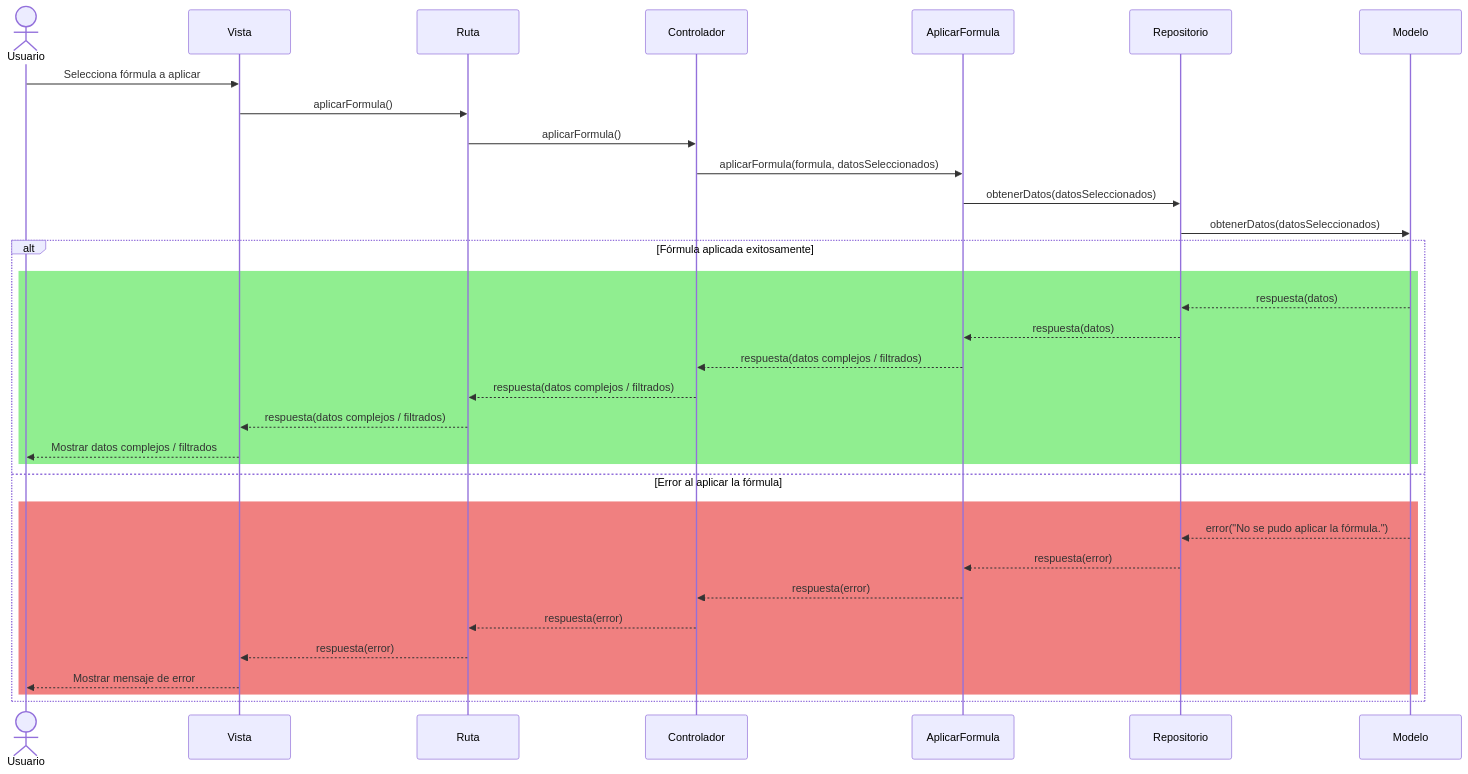
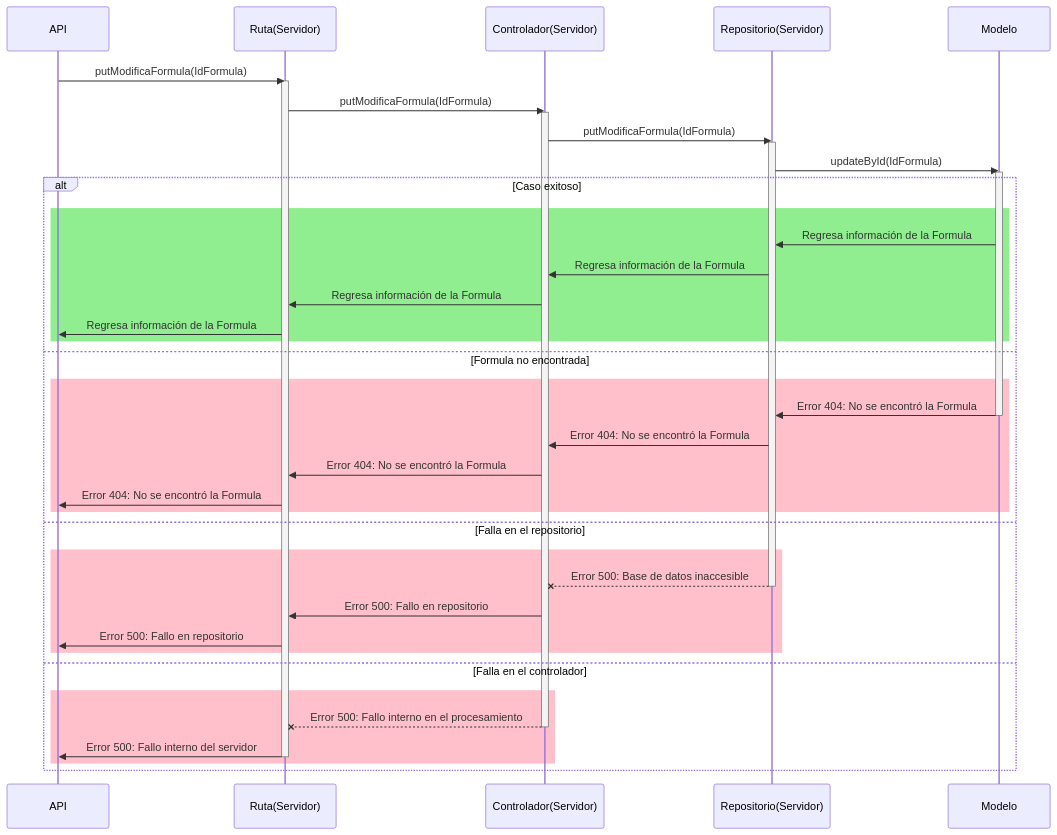
The second of 2 diagrams in documentation/docs/proyectos/tractores/documentacion/requisitos/RF28.md (CodeAnd-Co/Documentacion), drawn with Mermaid before and after one commit. The commit also changed other lines of this file and 10 other files, not shown here.

````diff
--- a/documentation/docs/proyectos/tractores/documentacion/requisitos/RF28.md
+++ b/documentation/docs/proyectos/tractores/documentacion/requisitos/RF28.md
@@ -30,38 +78,48 @@
 ```mermaid
 sequenceDiagram
-    actor Usuario
-    participant Vista
-    participant Ruta
-    participant Controlador
-    participant AplicarFormula
-    participant Repositorio
+    participant API
+    participant Ruta as Ruta(Servidor)
+    participant Controlador as Controlador(Servidor)
+    participant Repositorio as Repositorio(Servidor)
     participant Modelo
 
-    %% Aplicación de fórmula
-    Usuario ->> Vista: Selecciona fórmula a aplicar
-    Vista ->> Ruta: aplicarFormula()
-    Ruta ->> Controlador: aplicarFormula()
-    Controlador ->> AplicarFormula: aplicarFormula(formula, datosSeleccionados)
-    AplicarFormula ->> Repositorio: obtenerDatos(datosSeleccionados)
-    Repositorio ->> Modelo: obtenerDatos(datosSeleccionados)
-    alt Fórmula aplicada exitosamente
+    API->>Ruta: putModificaFormula(IdFormula)
+    activate Ruta
+    Ruta->>Controlador: putModificaFormula(IdFormula)
+    activate Controlador
+    Controlador->>Repositorio: putModificaFormula(IdFormula)
+    activate Repositorio
+    Repositorio->>Modelo: updateById(IdFormula)
+    activate Modelo
+
+    alt Caso exitoso
         rect Lightgreen
-        Modelo -->> Repositorio: respuesta(datos)
-        Repositorio -->> AplicarFormula: respuesta(datos)
-        AplicarFormula -->> Controlador: respuesta(datos complejos / filtrados)
-        Controlador -->> Ruta: respuesta(datos complejos / filtrados)
-        Ruta -->> Vista: respuesta(datos complejos / filtrados)
-        Vista -->> Usuario: Mostrar datos complejos / filtrados
+            Modelo ->> Repositorio: Regresa información de la Formula
+            Repositorio ->> Controlador: Regresa información de la Formula
+            Controlador ->> Ruta: Regresa información de la Formula
+            Ruta ->> API: Regresa información de la Formula
         end
-    else Error al aplicar la fórmula
-        rect Lightcoral
-        Modelo -->> Repositorio: error("No se pudo aplicar la fórmula.")
-        Repositorio -->> AplicarFormula: respuesta(error)
-        AplicarFormula -->> Controlador: respuesta(error)
-        Controlador -->> Ruta: respuesta(error)
-        Ruta -->> Vista: respuesta(error)
-        Vista -->> Usuario: Mostrar mensaje de error
+    else Formula no encontrada
+        rect pink
+            Modelo ->> Repositorio: Error 404: No se encontró la Formula
+            deactivate Modelo
+            Repositorio ->> Controlador: Error 404: No se encontró la Formula
+            Controlador ->> Ruta: Error 404: No se encontró la Formula
+            Ruta ->> API: Error 404: No se encontró la Formula
+        end
+    else Falla en el repositorio
+        rect pink
+            Repositorio --x Controlador: Error 500: Base de datos inaccesible
+            deactivate Repositorio
+            Controlador ->> Ruta: Error 500: Fallo en repositorio
+            Ruta ->> API: Error 500: Fallo en repositorio
+        end 
+    else Falla en el controlador
+        rect pink
+            Controlador --x Ruta: Error 500: Fallo interno en el procesamiento
+            deactivate Controlador
+            Ruta ->> API: Error 500: Fallo interno del servidor
+            deactivate Ruta
         end
     end
-
 ```
````
